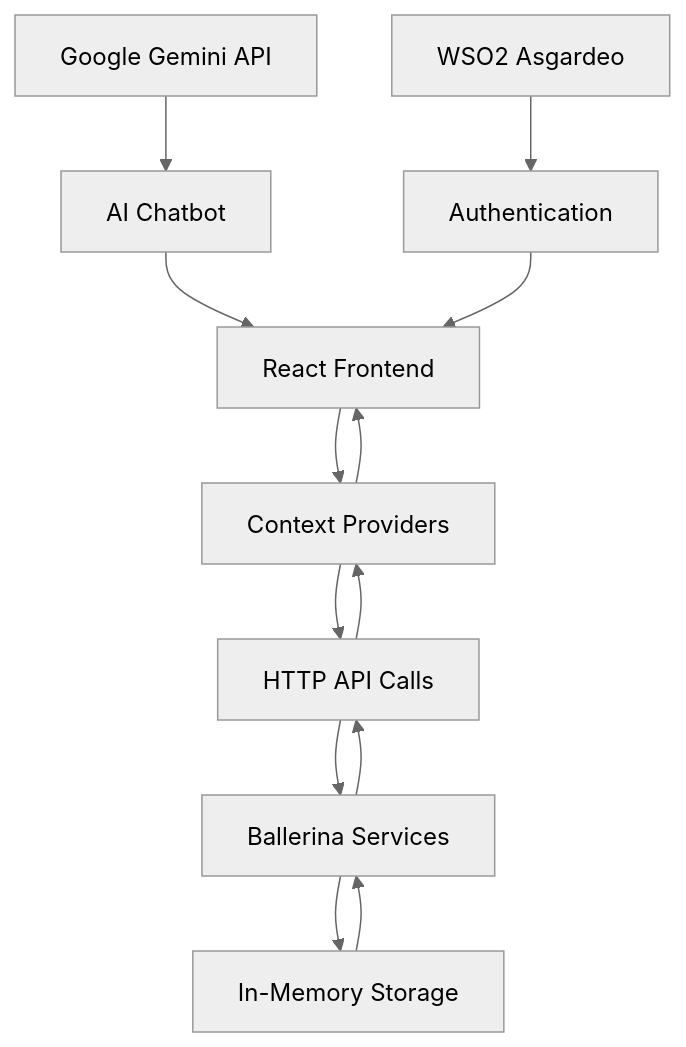
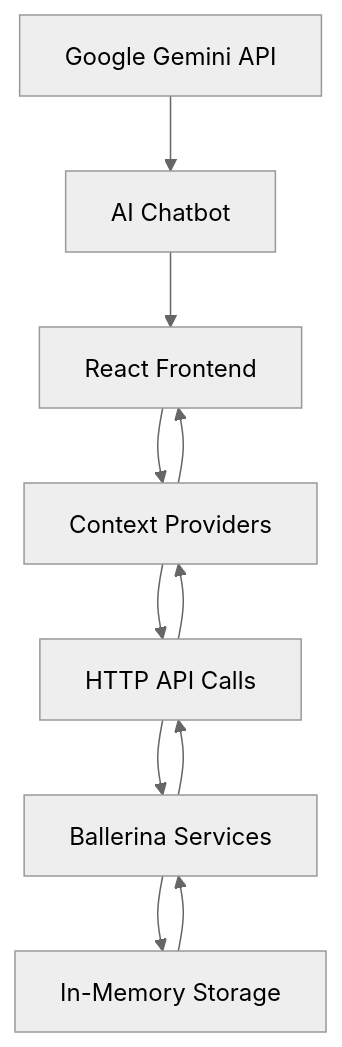
Before and after one commit to dinilH/iwb25-138-binary-bots: the diagram in README.md, drawn with Mermaid (neutral theme).

Commit message:
readme flowchart update

````diff
--- a/README.md
+++ b/README.md
@@ -99,17 +99,15 @@
 ```mermaid
 graph TB
     A[React Frontend] --> B[Context Providers]
     B --> C[HTTP API Calls]
     C --> D[Ballerina Services]
     D --> E[In-Memory Storage]
     E --> D
     D --> C
     C --> B
     B --> A
     
     F[Google Gemini API] --> G[AI Chatbot]
     G --> A
     
-    H[WSO2 Asgardeo] --> I[Authentication]
-    I --> A
 ```
````
